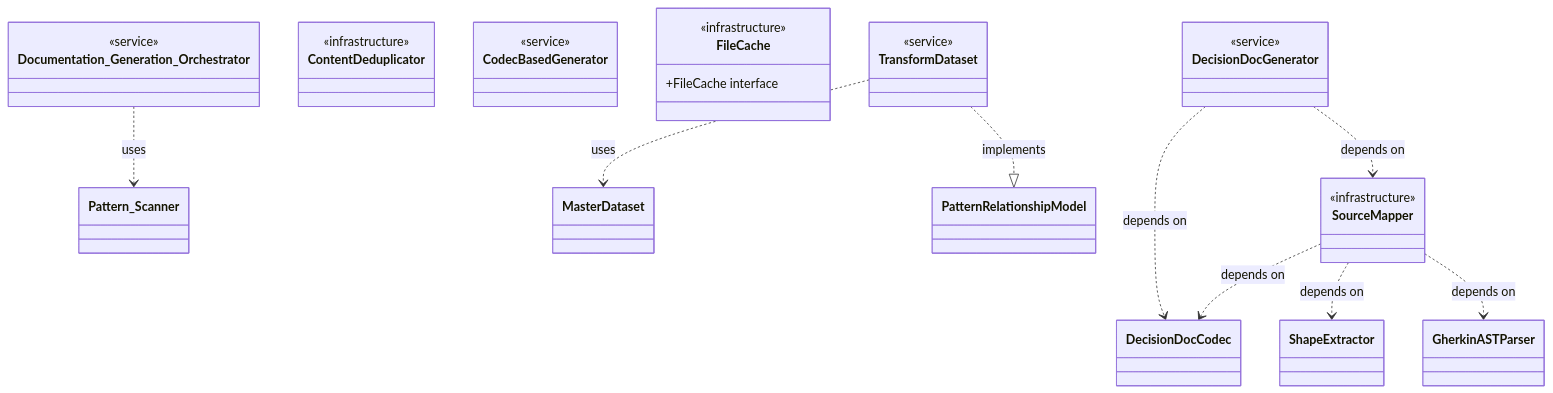
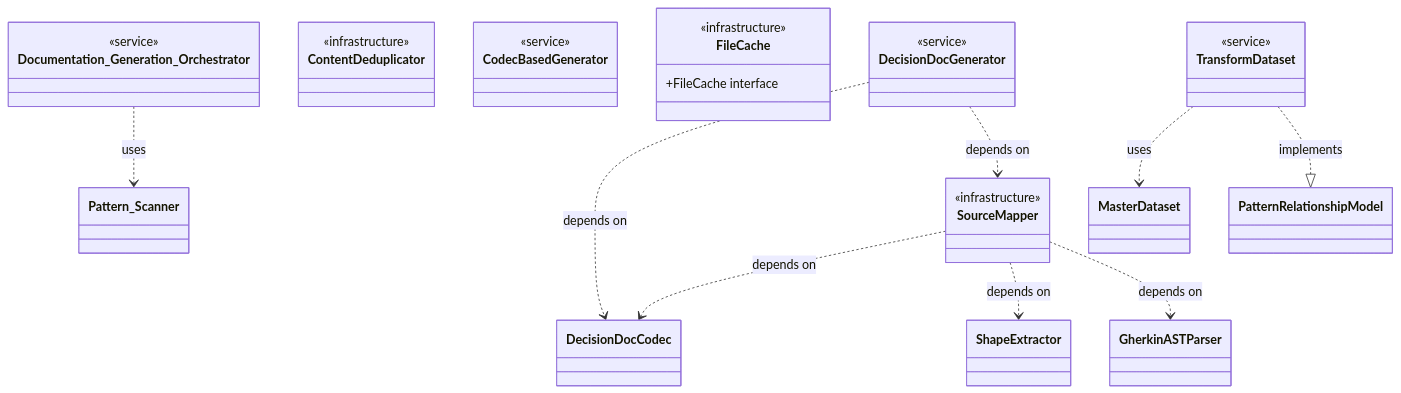
Before and after one commit to libar-dev/architect: the third of 6 diagrams in docs-generated/docs/REFERENCE-SAMPLE.md, drawn with Mermaid. The commit also changed other lines of this file and 90 other files, not shown here.

````diff
--- a/docs-generated/docs/REFERENCE-SAMPLE.md
+++ b/docs-generated/docs/REFERENCE-SAMPLE.md
@@ -184,39 +184,39 @@
 ```mermaid
 classDiagram
     class SourceMapper {
         <<infrastructure>>
     }
     class Documentation_Generation_Orchestrator {
         <<service>>
     }
     class ContentDeduplicator {
         <<infrastructure>>
     }
     class CodecBasedGenerator {
         <<service>>
     }
     class FileCache {
         <<infrastructure>>
         +FileCache interface
     }
-    class TransformDataset {
+    class DecisionDocGenerator {
         <<service>>
     }
-    class DecisionDocGenerator {
+    class TransformDataset {
         <<service>>
     }
     class MasterDataset
     class Pattern_Scanner
     class GherkinASTParser
     class ShapeExtractor
     class DecisionDocCodec
     class PatternRelationshipModel
     SourceMapper ..> DecisionDocCodec : depends on
     SourceMapper ..> ShapeExtractor : depends on
     SourceMapper ..> GherkinASTParser : depends on
     Documentation_Generation_Orchestrator ..> Pattern_Scanner : uses
+    DecisionDocGenerator ..> DecisionDocCodec : depends on
+    DecisionDocGenerator ..> SourceMapper : depends on
     TransformDataset ..> MasterDataset : uses
     TransformDataset ..|> PatternRelationshipModel : implements
-    DecisionDocGenerator ..> DecisionDocCodec : depends on
-    DecisionDocGenerator ..> SourceMapper : depends on
 ```
````
